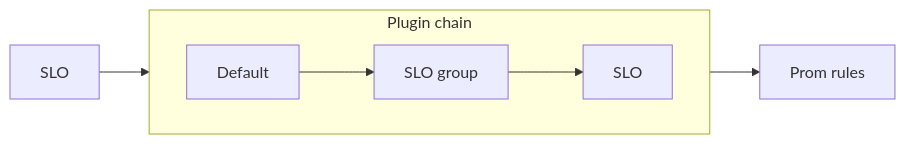
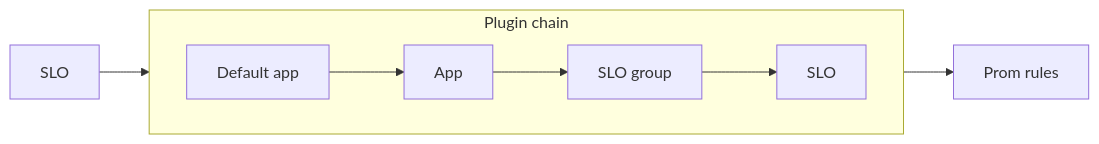
One commit to slok/sloth-website changed the second of 2 diagrams in docs-src/usage/slo-plugins.md. Above: the diagram before and after it, drawn with Mermaid. The commit also changed other lines of this file and 75 other files, not shown here.

````diff
--- a/docs-src/usage/slo-plugins.md
+++ b/docs-src/usage/slo-plugins.md
@@ -53,16 +54,18 @@
 ```mermaid
 flowchart LR
     Req[SLO]
     Res[Prom rules]
 
     Req --> Chain
     subgraph Chain[Plugin chain]
         direction LR
-        Def[Default]
+        Def[Default app]
+        App[App]
         SG[SLO group]
         S[SLO]
-        Def --> SG
+        Def --> App
+        App --> SG
         SG --> S
     end
     Chain --> Res
 ```
````
